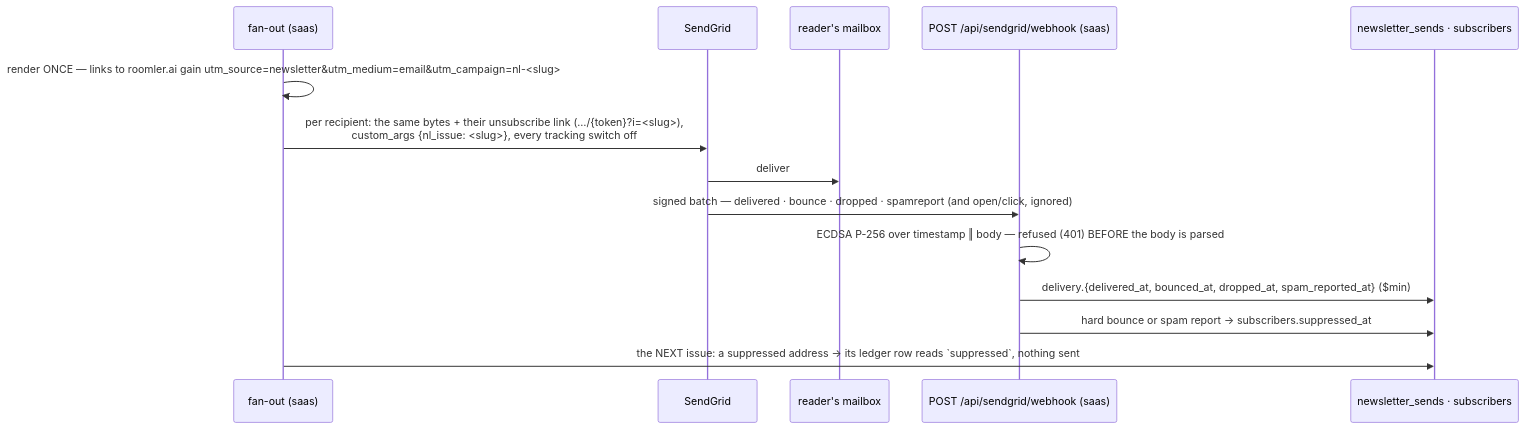
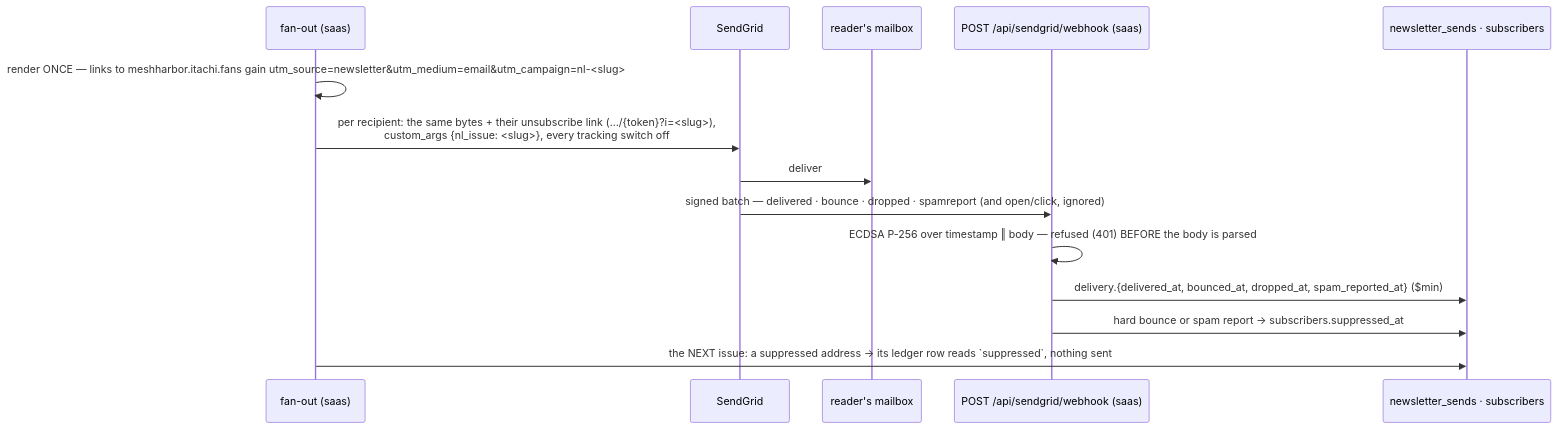
Before and after one commit to jk-zhang-meta/MeshHarbor: diagram 14 of 20 in docs/growth-observability.md, drawn with Mermaid. The commit also changed other lines of this file and 682 other files, not shown here.

````diff
--- a/docs/growth-observability.md
+++ b/docs/growth-observability.md
@@ -1305,16 +1305,16 @@
 ```mermaid
 sequenceDiagram
     participant F as fan-out (saas)
     participant SG as SendGrid
     participant M as reader's mailbox
     participant W as POST /api/sendgrid/webhook (saas)
     participant DB as newsletter_sends · subscribers
-    F->>F: render ONCE — links to roomler.ai gain utm_source=newsletter&utm_medium=email&utm_campaign=nl-<slug>
+    F->>F: render ONCE — links to meshharbor.itachi.fans gain utm_source=newsletter&utm_medium=email&utm_campaign=nl-<slug>
     F->>SG: per recipient: the same bytes + their unsubscribe link (…/{token}?i=<slug>),<br/>custom_args {nl_issue: <slug>}, every tracking switch off
     SG->>M: deliver
     SG->>W: signed batch — delivered · bounce · dropped · spamreport (and open/click, ignored)
     W->>W: ECDSA P-256 over timestamp ‖ body — refused (401) BEFORE the body is parsed
     W->>DB: delivery.{delivered_at, bounced_at, dropped_at, spam_reported_at} ($min)
     W->>DB: hard bounce or spam report → subscribers.suppressed_at
     F->>DB: the NEXT issue: a suppressed address → its ledger row reads `suppressed`, nothing sent
 ```
````
